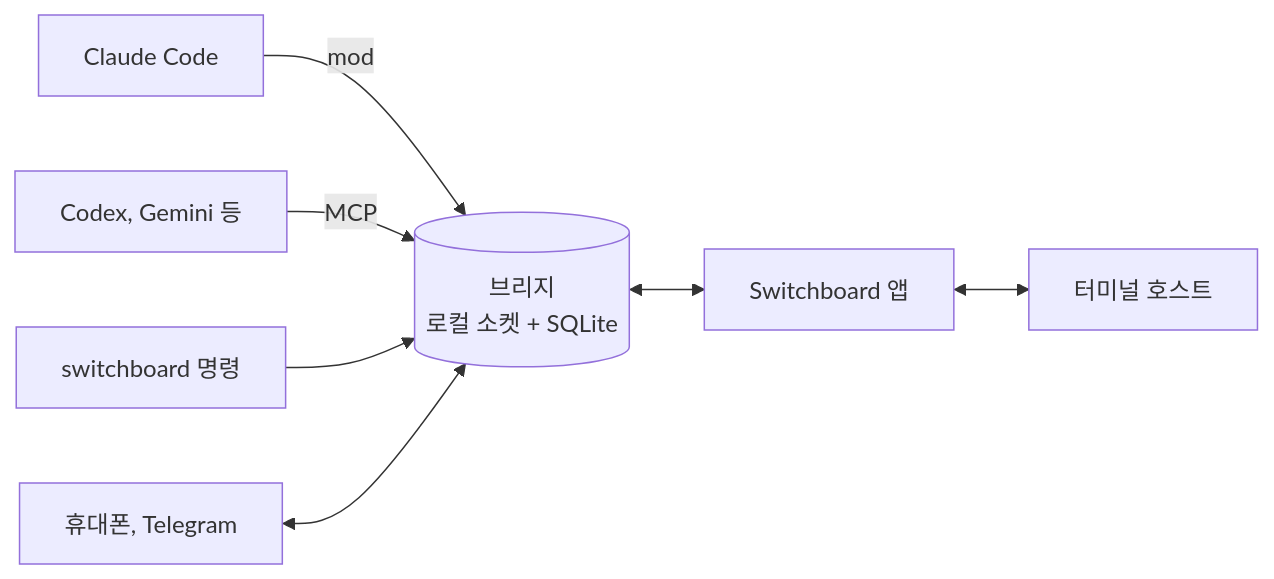
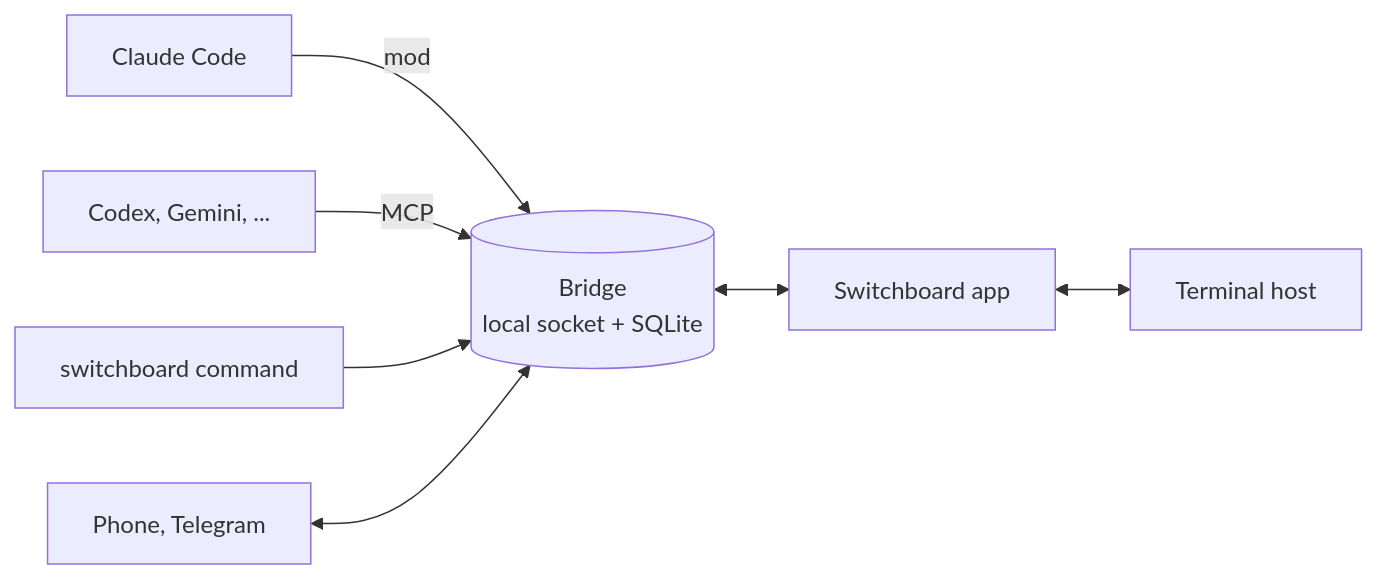
Before and after one commit to choco5958/switchboard: the diagram in README.md, drawn with Mermaid. The commit also changed other lines of this file and 4 other files, not shown here.

````diff
--- a/README.md
+++ b/README.md
@@ -316,9 +316,9 @@
 ```mermaid
 flowchart LR
   cc["Claude Code"] -- "mod" --> bridge
-  cli["Codex, Gemini 등"] -- "MCP" --> bridge
-  cmd["switchboard 명령"] --> bridge
-  phone["휴대폰, Telegram"] <--> bridge
-  bridge[("브리지<br/>로컬 소켓 + SQLite")] <--> app["Switchboard 앱"]
-  app <--> host["터미널 호스트"]
+  cli["Codex, Gemini, ..."] -- "MCP" --> bridge
+  cmd["switchboard command"] --> bridge
+  phone["Phone, Telegram"] <--> bridge
+  bridge[("Bridge<br/>local socket + SQLite")] <--> app["Switchboard app"]
+  app <--> host["Terminal host"]
 ```
````
